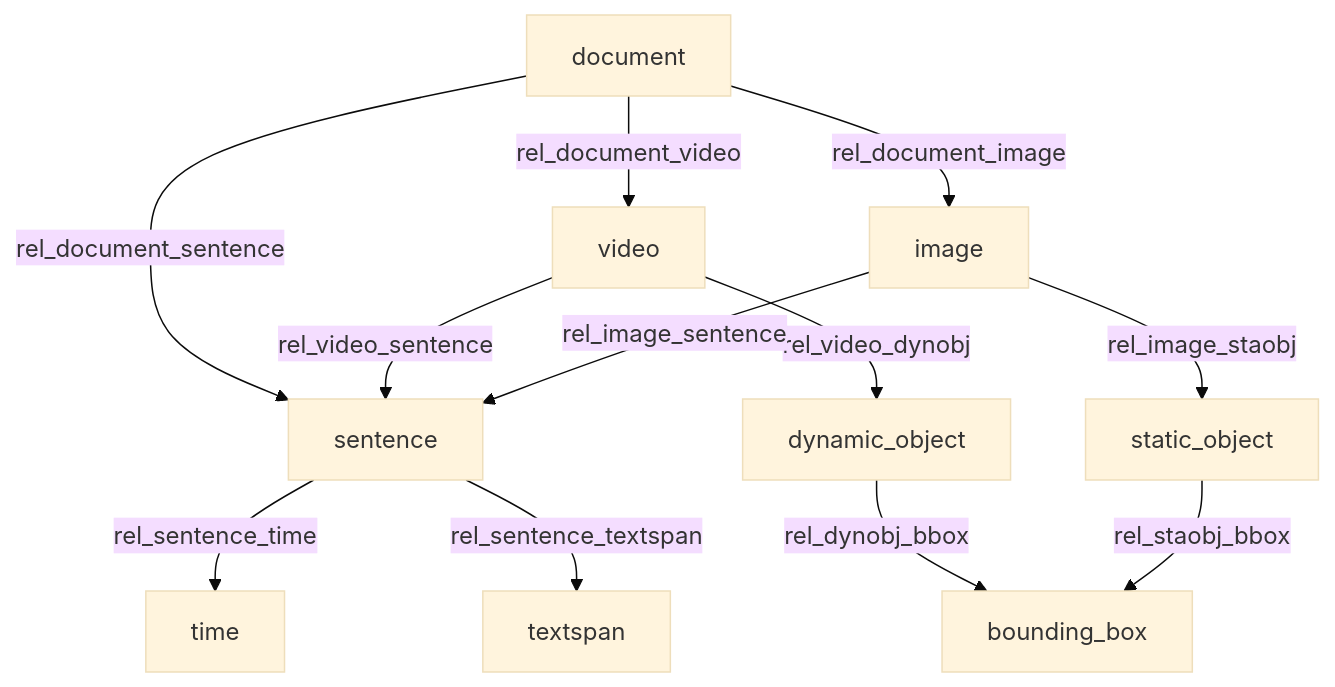
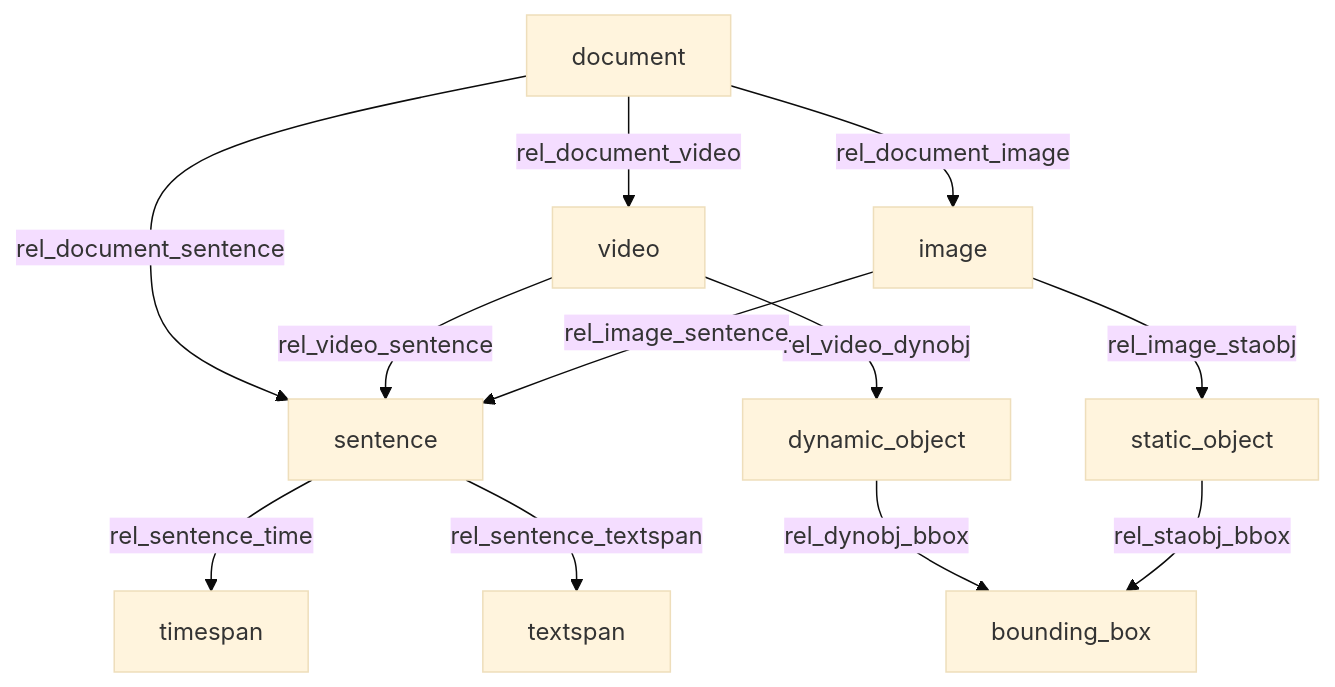
The diagram in content/models/webtool/Diagrams.md (FrameNetBrasil/dbdoc), drawn with Mermaid (base theme) before and after one commit. The commit also changed 5 other files, not shown here.

````diff
--- a/content/models/webtool/Diagrams.md
+++ b/content/models/webtool/Diagrams.md
@@ -2,15 +2,15 @@
 ```mermaid
 flowchart TB
-	sentence -- rel_sentence_time --> time
+	sentence -- rel_sentence_time --> timespan
 	sentence -- rel_sentence_textspan --> textspan
 	document -- rel_document_sentence --> sentence
 	document -- rel_document_video --> video
 	document -- rel_document_image --> image
 	video -- rel_video_sentence --> sentence
 	video -- rel_video_dynobj --> dynamic_object
 	dynamic_object -- rel_dynobj_bbox --> bounding_box
 	static_object -- rel_staobj_bbox --> bounding_box
 	image -- rel_image_staobj --> static_object
 	image -- rel_image_sentence --> sentence
 
 ```
````
